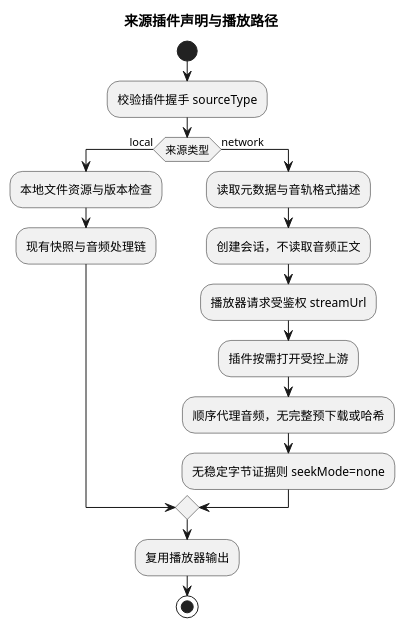
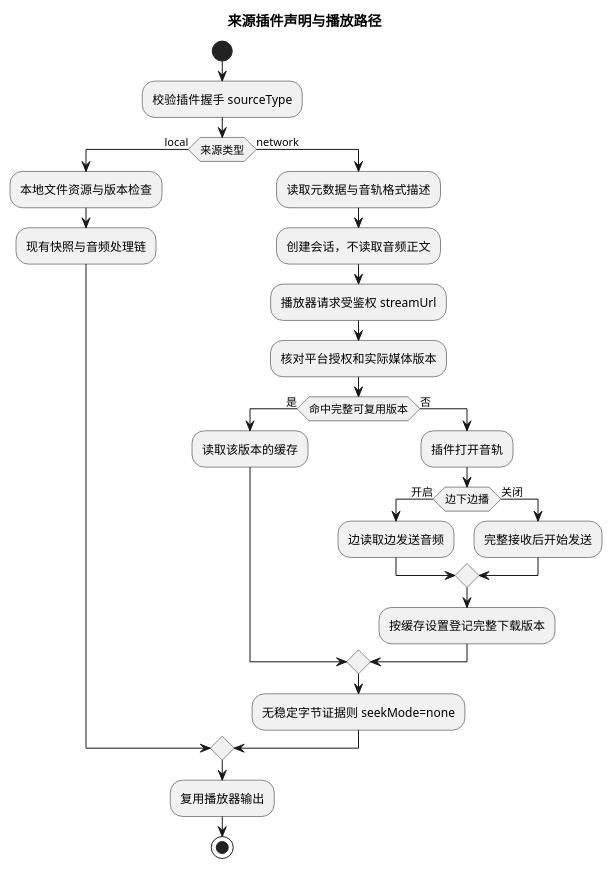
One commit to fnMrRice/MusicFS changed the diagram in docs/diagrams/source-playback.puml. Above: the diagram before and after it, drawn with PlantUML. The commit also changed 1 other file, not shown here.

```diff
--- a/docs/diagrams/source-playback.puml
+++ b/docs/diagrams/source-playback.puml
@@ -1,18 +1,28 @@
 @startuml
 title 来源插件声明与播放路径
 start
 :校验插件握手 sourceType;
 if (来源类型) then (local)
   :本地文件资源与版本检查;
   :现有快照与音频处理链;
 else (network)
   :读取元数据与音轨格式描述;
   :创建会话，不读取音频正文;
   :播放器请求受鉴权 streamUrl;
-  :插件按需打开受控上游;
-  :顺序代理音频，无完整预下载或哈希;
+  :核对平台授权和实际媒体版本;
+  if (命中完整可复用版本) then (是)
+    :读取该版本的缓存;
+  else (否)
+    :插件打开音轨;
+    if (边下边播) then (开启)
+      :边读取边发送音频;
+    else (关闭)
+      :完整接收后开始发送;
+    endif
+    :按缓存设置登记完整下载版本;
+  endif
   :无稳定字节证据则 seekMode=none;
 endif
 :复用播放器输出;
 stop
 @enduml
```
